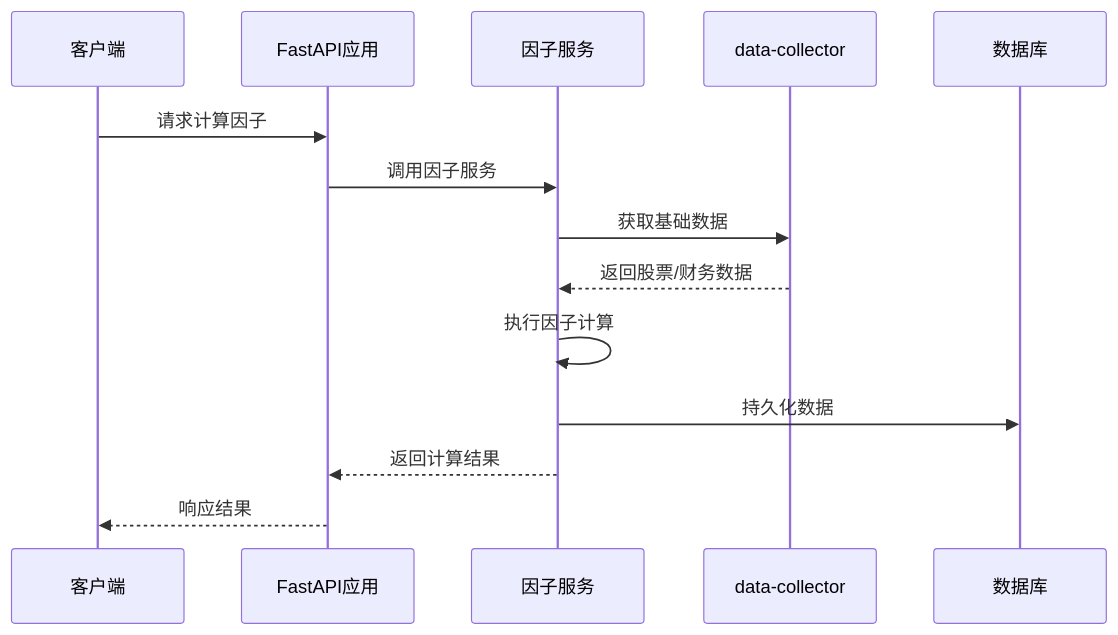
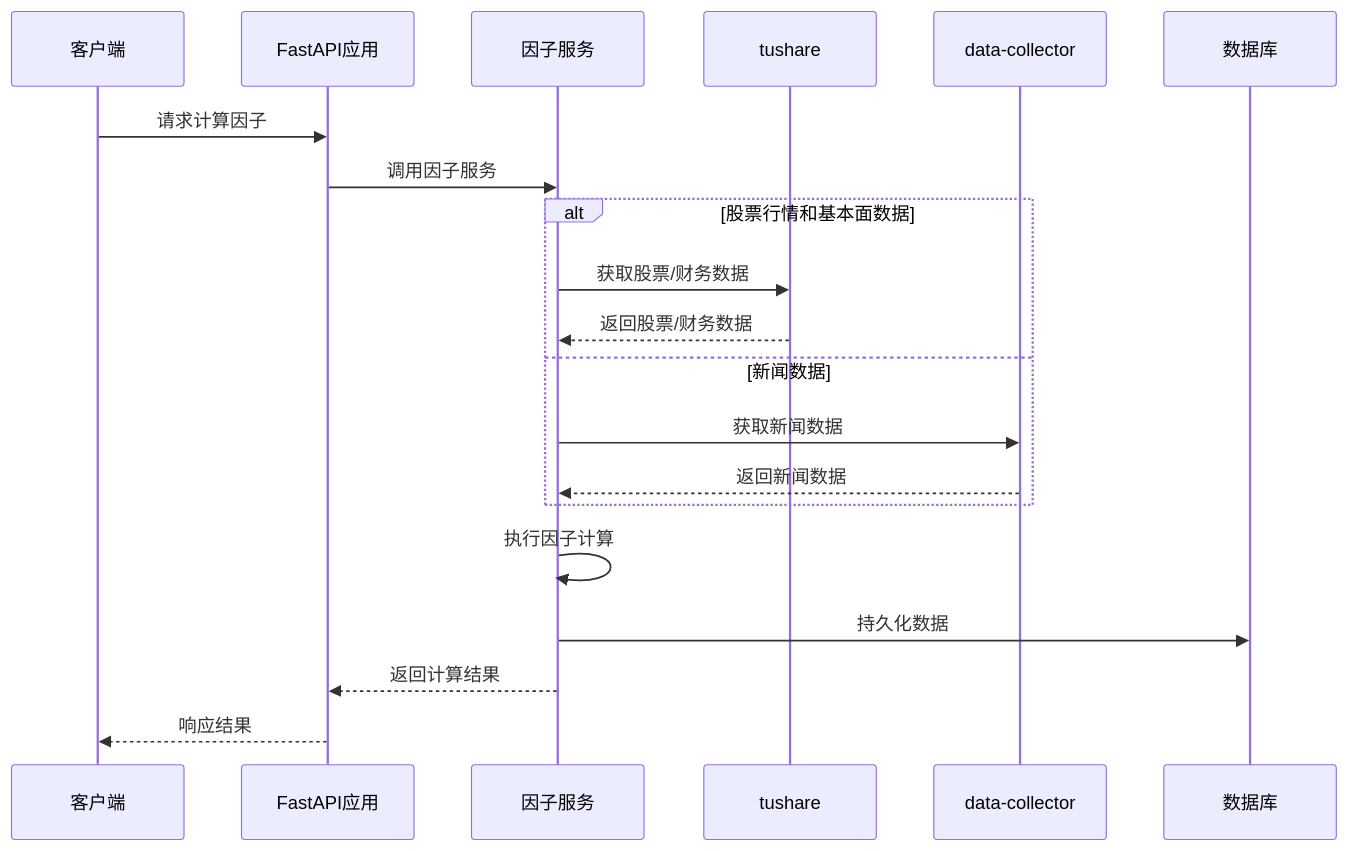
The second of 9 diagrams in docs/iteration-2-factor-engine/design_backend.md (Casper-Mars/qtrade), drawn with Mermaid before and after one commit. The commit also changed other lines of this file and 18 other files, not shown here.

````diff
--- a/docs/iteration-2-factor-engine/design_backend.md
+++ b/docs/iteration-2-factor-engine/design_backend.md
@@ -310,17 +312,25 @@
 ```mermaid
 sequenceDiagram
     participant Client as 客户端
     participant APP as FastAPI应用
     participant FS as 因子服务
+    participant TS as tushare
     participant DC as data-collector
     participant DB as 数据库
     
     Client->>APP: 请求计算因子
     APP->>FS: 调用因子服务
-    FS->>DC: 获取基础数据
-    DC-->>FS: 返回股票/财务数据
+    
+    alt 股票行情和基本面数据
+        FS->>TS: 获取股票/财务数据
+        TS-->>FS: 返回股票/财务数据
+    else 新闻数据
+        FS->>DC: 获取新闻数据
+        DC-->>FS: 返回新闻数据
+    end
+    
     FS->>FS: 执行因子计算
     FS->>DB: 持久化数据
     FS-->>APP: 返回计算结果
     APP-->>Client: 响应结果
 ```
````
